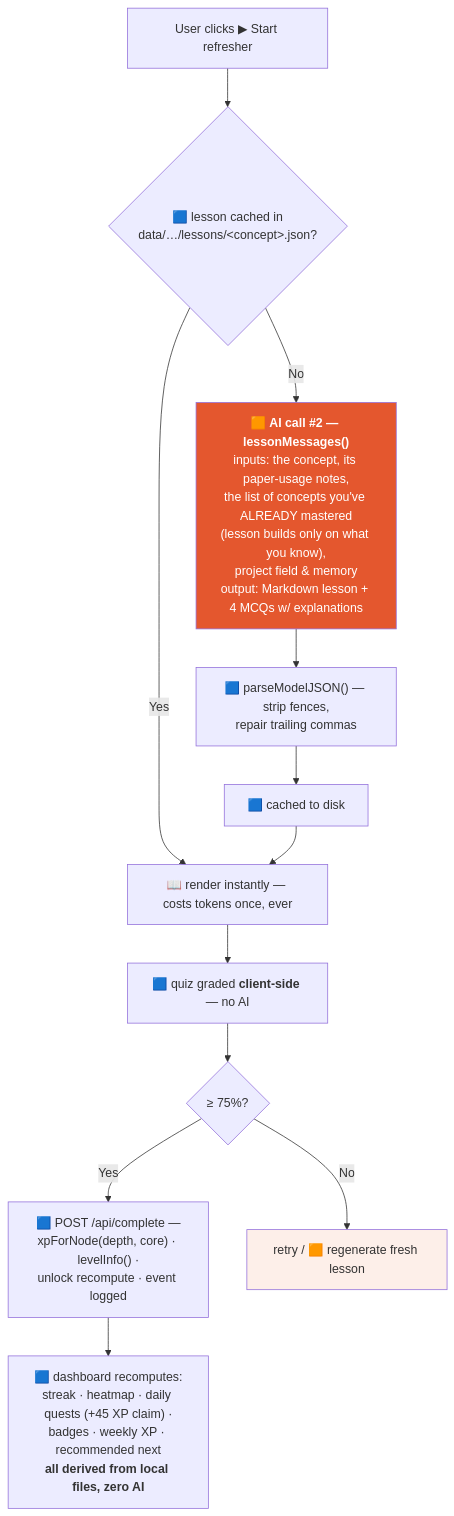
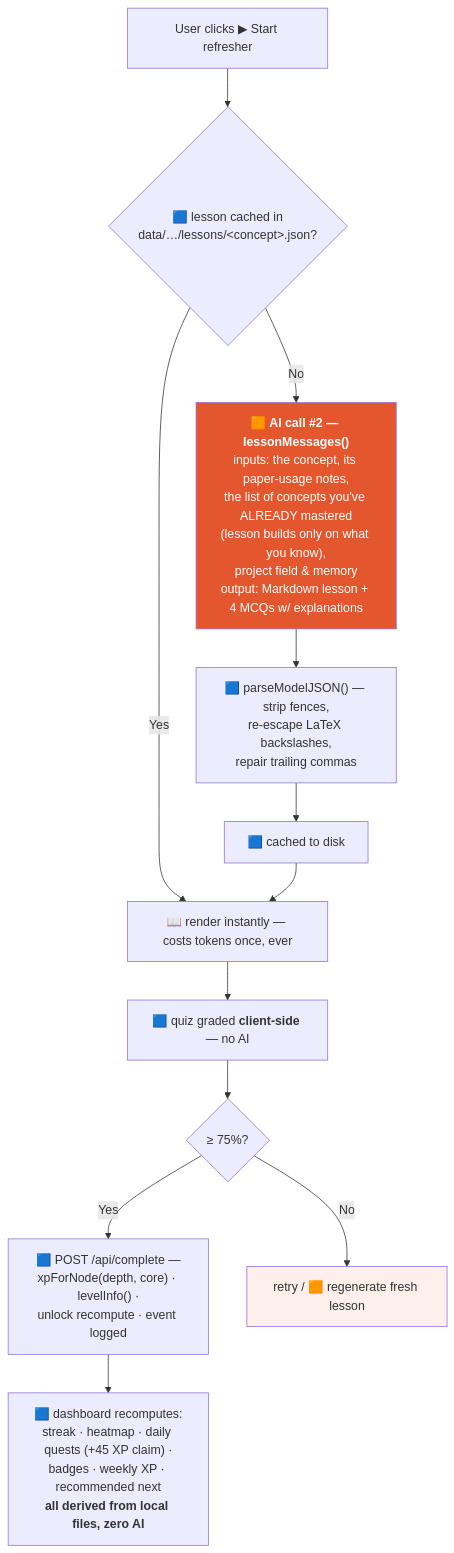
One commit to lenishu/paper-quest changed the fourth of 5 diagrams in ARCHITECTURE.md. Above: the diagram before and after it, drawn with Mermaid. The commit also changed 5 other files, not shown here.

First line of the commit message:
Repair LaTeX backslashes in model JSON

````diff
--- a/ARCHITECTURE.md
+++ b/ARCHITECTURE.md
@@ -169,16 +169,16 @@
 ```mermaid
 flowchart TD
     A["User clicks ▶ Start refresher"] --> B{"🟦 lesson cached in<br/>data/…/lessons/&lt;concept&gt;.json?"}
     B -- "Yes" --> R["📖 render instantly — costs tokens once, ever"]
     B -- "No" --> C["🟧 <b>AI call #2 — lessonMessages()</b><br/>inputs: the concept, its paper-usage notes,<br/>the list of concepts you've ALREADY mastered<br/>(lesson builds only on what you know),<br/>project field & memory<br/>output: Markdown lesson + 4 MCQs w/ explanations"]
-    C --> D["🟦 parseModelJSON() — strip fences,<br/>repair trailing commas"]
+    C --> D["🟦 parseModelJSON() — strip fences,<br/>re-escape LaTeX backslashes,<br/>repair trailing commas"]
     D --> E["🟦 cached to disk"] --> R
     R --> F["🟦 quiz graded <b>client-side</b> — no AI"]
     F --> G{"≥ 75%?"}
     G -- "Yes" --> H["🟦 POST /api/complete —<br/>xpForNode(depth, core) · levelInfo() ·<br/>unlock recompute · event logged"]
     G -- "No" --> A2["retry / 🟧 regenerate fresh lesson"]
     H --> I["🟦 dashboard recomputes:<br/>streak · heatmap · daily quests (+45 XP claim) ·<br/>badges · weekly XP · recommended next<br/><b>all derived from local files, zero AI</b>"]
 
     style C fill:#E4572E,color:#fff
     style A2 fill:#FDEFE9
 ```
````
